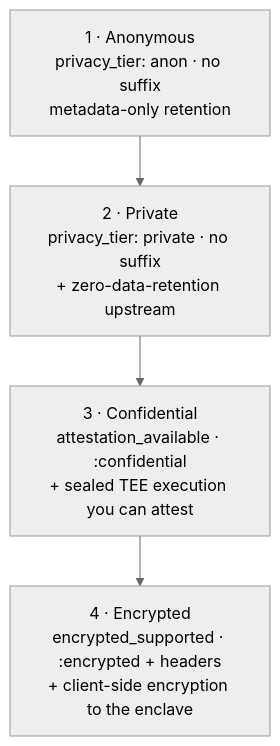
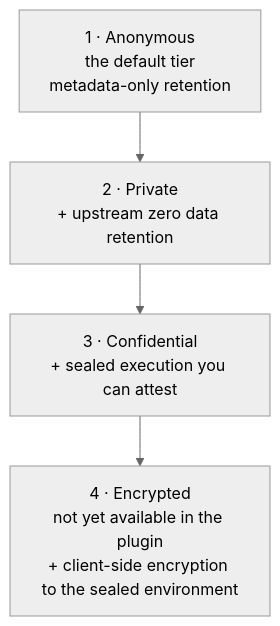
One commit to RumeelHussain/nito-plugin-docs changed the diagram in privacy/tiers/index.mdx. Above: the diagram before and after it, drawn with Mermaid (neutral theme). The commit also changed other lines of this file and 40 other files, not shown here.

First line of the commit message:
Rework Privacy tab to plugin scope; correct plan pricing

````diff
--- a/privacy/tiers/index.mdx
+++ b/privacy/tiers/index.mdx
@@ -41,6 +41,6 @@
 ```mermaid placement="top-right" actions={true}
 flowchart TD
-    A["1 · Anonymous<br/>privacy_tier: anon · no suffix<br/>metadata-only retention"] --> P["2 · Private<br/>privacy_tier: private · no suffix<br/>+ zero-data-retention upstream"]
-    P --> C["3 · Confidential<br/>attestation_available · :confidential<br/>+ sealed TEE execution you can attest"]
-    C --> E["4 · Encrypted<br/>encrypted_supported · :encrypted + headers<br/>+ client-side encryption to the enclave"]
+    A["1 · Anonymous<br/>the default tier<br/>metadata-only retention"] --> P["2 · Private<br/>+ upstream zero data retention"]
+    P --> C["3 · Confidential<br/>+ sealed execution you can attest"]
+    C --> E["4 · Encrypted<br/>not yet available in the plugin<br/>+ client-side encryption to the sealed environment"]
 ```
````
